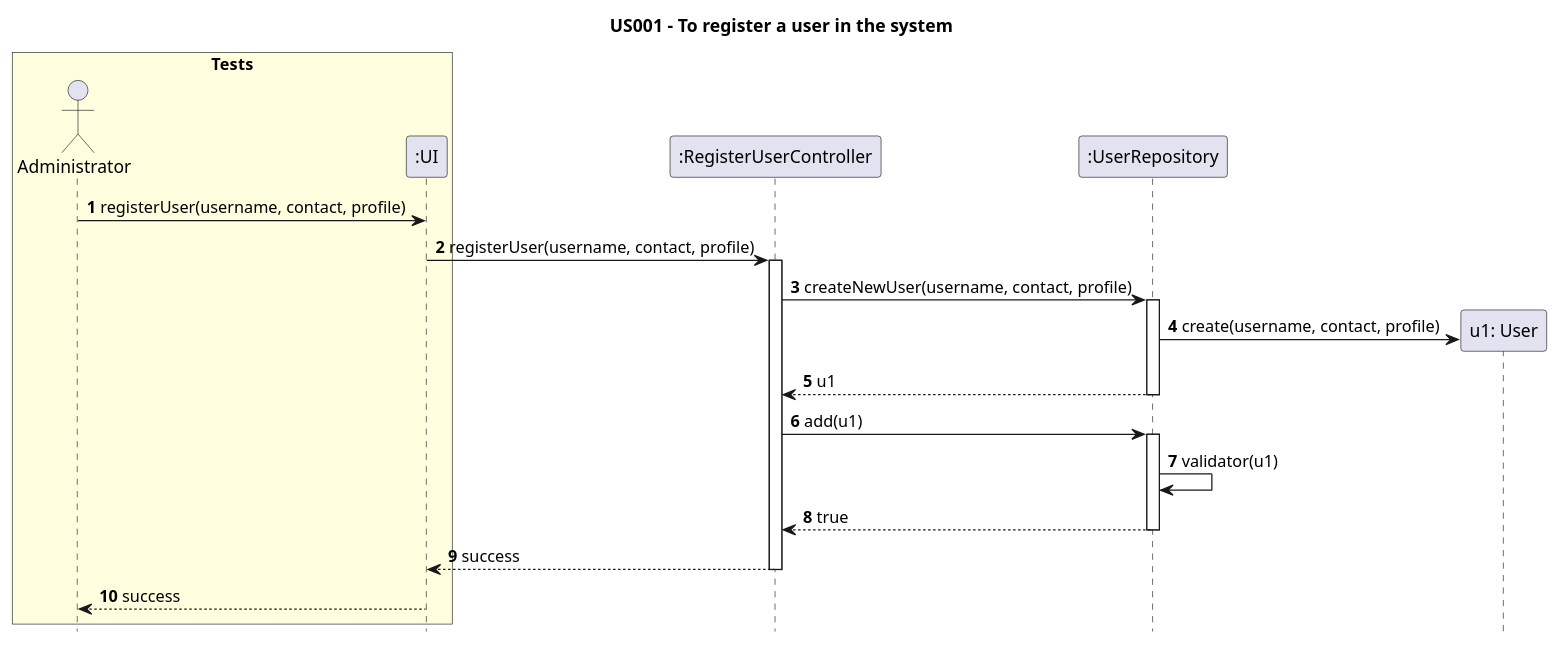
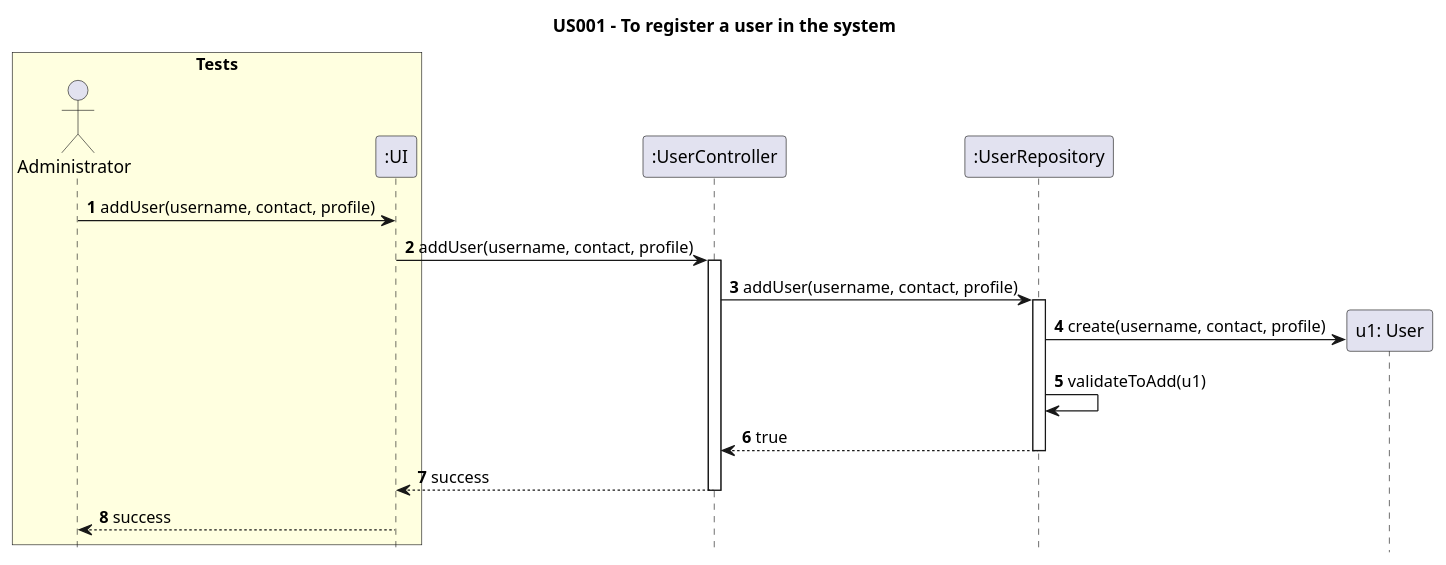
Before and after one commit to AndrePereiraGitH/SWitCH-Project-Team_A: the diagram in Diagrams/SequenceDiagrams/US001-to-register-a-user.puml, drawn with PlantUML. The commit also changed 3 other files, not shown here.

Commit message:
US004 - Update Sequence and Class diagrams. #58; #59

```diff
--- a/Diagrams/SequenceDiagrams/US001-to-register-a-user.puml
+++ b/Diagrams/SequenceDiagrams/US001-to-register-a-user.puml
@@ -1,43 +1,38 @@
 @startuml
 
 hide footbox
 title US001 - To register a user in the system
 
 box "Tests" #LightYellow
 actor Administrator
 participant ":UI" as UI
 end box
 
-participant ":RegisterUserController" as RegisterUserController
+participant ":UserController" as UserController
 participant ":UserRepository" as UserRepository
 
-Administrator -> UI : **1** registerUser(username, contact, profile)
+Administrator -> UI : **1** addUser(username, contact, profile)
 
-UI -> RegisterUserController : **2** registerUser(username, contact, profile)
-activate RegisterUserController
+UI -> UserController : **2** addUser(username, contact, profile)
+activate UserController
 
-RegisterUserController -> UserRepository : **3** createNewUser(username, contact, profile)
+UserController -> UserRepository : **3** addUser(username, contact, profile)
 activate UserRepository
 
 create "u1: User" as User
 UserRepository -> User : **4** create(username, contact, profile)
 
-UserRepository --> RegisterUserController : **5** u1
+
+UserRepository -> UserRepository : **5** validateToAdd(u1)
+
+UserRepository --> UserController : **6** true
 deactivate UserRepository
 
-RegisterUserController -> UserRepository : **6** add(u1)
-activate UserRepository
+UserController --> UI : **7** success
+deactivate UserController
 
-UserRepository -> UserRepository : **7** validator(u1)
-
-UserRepository --> RegisterUserController : **8** true
-deactivate UserRepository
-
-RegisterUserController --> UI : **9** success
-deactivate RegisterUserController
-
-UI --> Administrator : **10** success
+UI --> Administrator : **8** success
 
 
 
 @enduml
```
